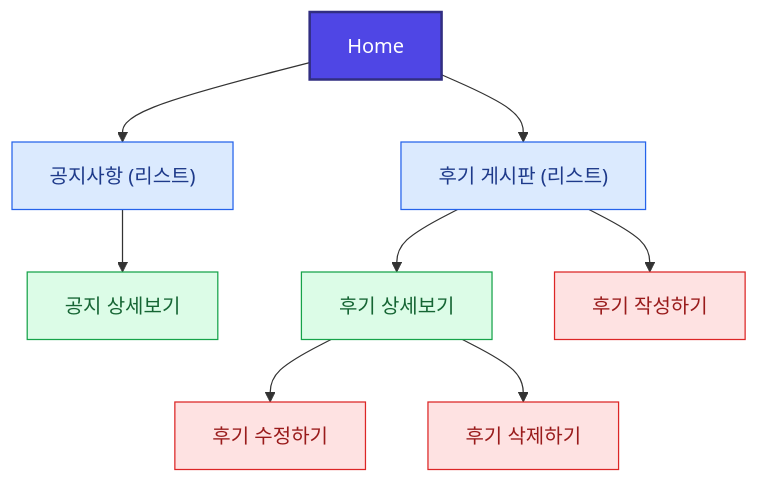
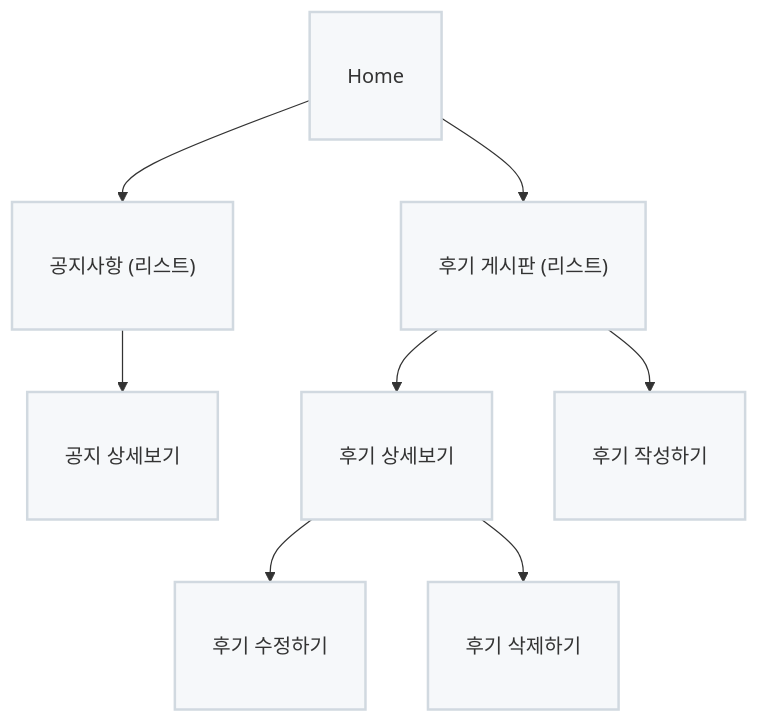
One commit to eunji-ad/color_mode changed the diagram in README.md. Above: the diagram before and after it, drawn with Mermaid.

````diff
--- a/README.md
+++ b/README.md
@@ -100,25 +100,25 @@
 ```mermaid
 flowchart TD
     Home --> NoticeList["공지사항 (리스트)"]
     NoticeList --> NoticeDetail["공지 상세보기"]
 
     Home --> ReviewList["후기 게시판 (리스트)"]
     ReviewList --> ReviewDetail["후기 상세보기"]
     ReviewList --> ReviewWrite["후기 작성하기"]
 
     ReviewDetail --> ReviewEdit["후기 수정하기"]
     ReviewDetail --> ReviewDelete["후기 삭제하기"]
 
 
     %% 스타일 정의
-    classDef home fill:#4F46E5,color:#fff,stroke:#312E81,stroke-width:2px;
-    classDef list fill:#DBEAFE,color:#1E3A8A,stroke:#2563EB;
-    classDef detail fill:#DCFCE7,color:#166534,stroke:#16A34A;
-    classDef action fill:#FEE2E2,color:#991B1B,stroke:#DC2626;
-    
+    classDef home fill:#F6F8FA,color:#333,stroke:#D1D9E0,stroke-width:2px, padding:16px;
+    classDef list fill:#F6F8FA,color:#333,stroke:#D1D9E0,stroke-width:2px, padding:16px;
+    classDef detail fill:#F6F8FA,color:#333,stroke:#D1D9E0,stroke-width:2px, padding:16px;
+    classDef action fill:#F6F8FA,color:#333,stroke:#D1D9E0,stroke-width:2px, padding:16px;
+
     %% 스타일 적용
     class Home home;
     class NoticeList,ReviewList list;
     class NoticeDetail,ReviewDetail detail;
     class ReviewWrite,ReviewEdit,ReviewDelete action;
 ```
````
